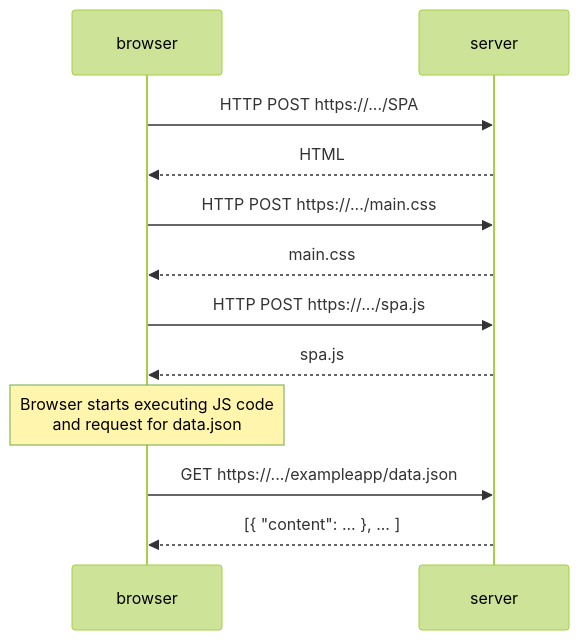
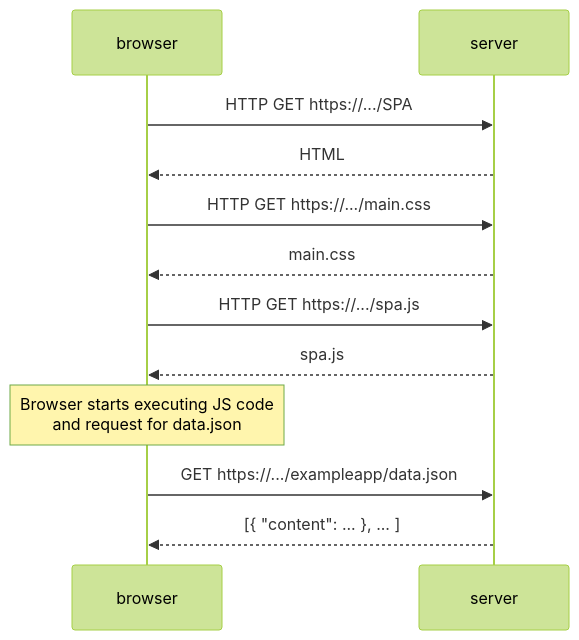
One commit to Homeroso/fullstackopen changed the diagram in part 0/0.5.md. Above: the diagram before and after it, drawn with Mermaid (forest theme).

````diff
--- a/part 0/0.5.md
+++ b/part 0/0.5.md
@@ -1,20 +1,20 @@
 ```mermaid
 sequenceDiagram
     participant browser
     participant server
 
-    browser->>server: HTTP POST https://.../SPA
+    browser->>server: HTTP GET https://.../SPA
     server-->>browser: HTML
 
-    browser->>server: HTTP POST https://.../main.css
+    browser->>server: HTTP GET https://.../main.css
     server-->>browser: main.css
 
-    browser->>server: HTTP POST https://.../spa.js
+    browser->>server: HTTP GET https://.../spa.js
     server-->>browser: spa.js
    
     note over browser: Browser starts executing JS code<br/> and request for data.json
 
     browser->>server: GET https://.../exampleapp/data.json
     server-->>browser: [{ "content": ... }, ... ]
 
 ```
````
